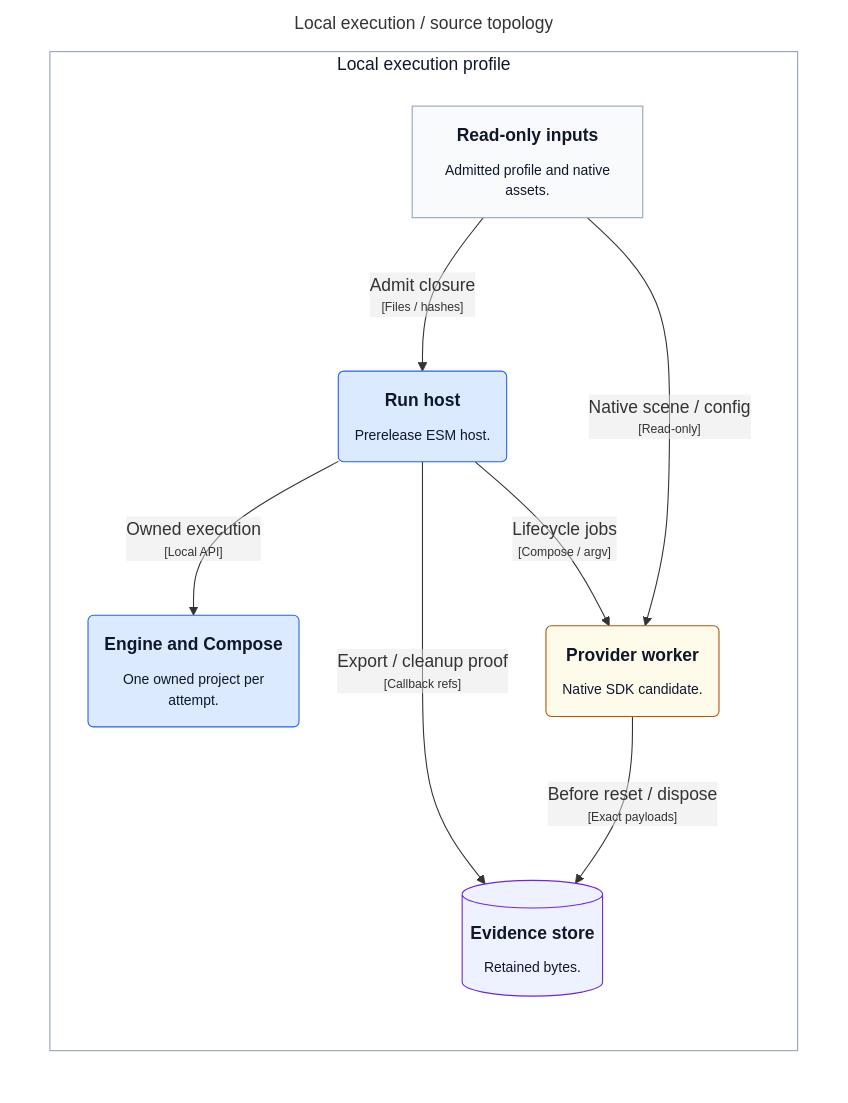
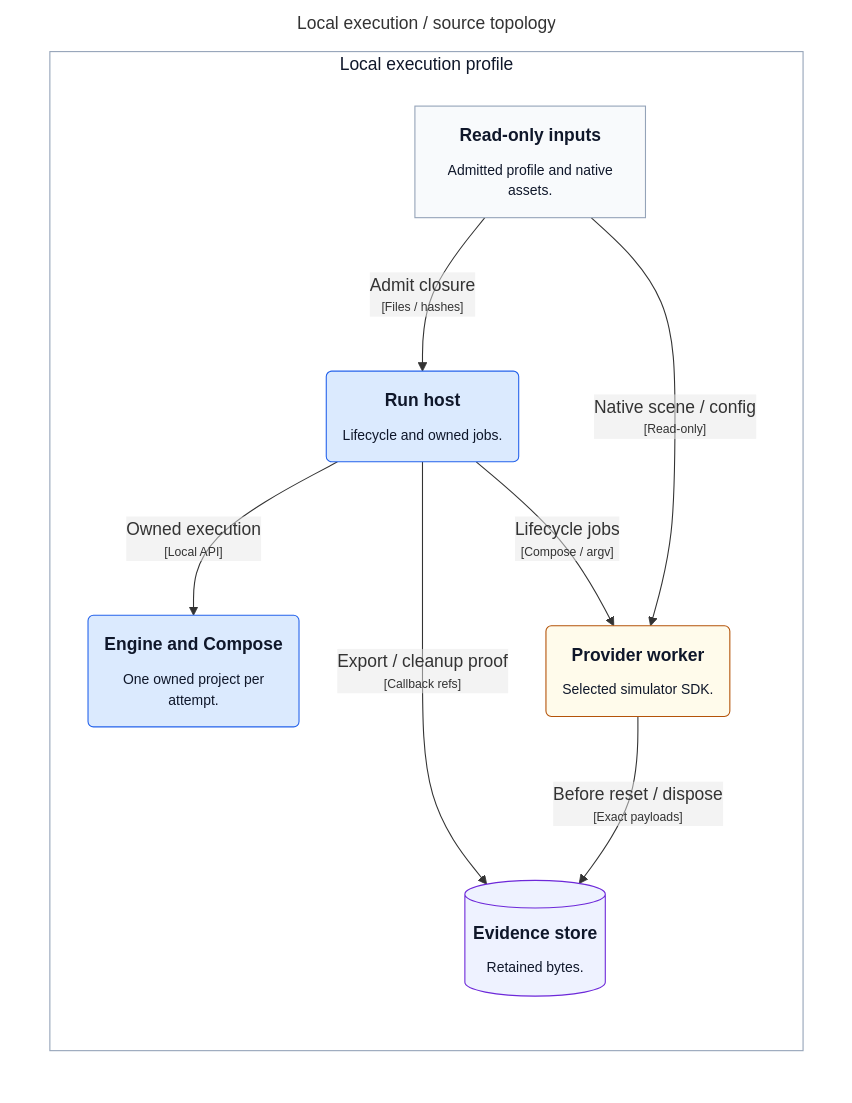
One commit to mmkolpakov/robotics-runtime changed the diagram in docs/architecture/generated/structurizr-ExecutionDeployment.mmd. Above: the diagram before and after it, drawn with Mermaid. The commit also changed 17 other files, not shown here.

```diff
--- a/docs/architecture/generated/structurizr-ExecutionDeployment.mmd
+++ b/docs/architecture/generated/structurizr-ExecutionDeployment.mmd
@@ -1,29 +1,29 @@
 graph LR
   linkStyle default fill:#ffffff
 
   subgraph diagram ["Local execution / source topology"]
     style diagram fill:#ffffff,stroke:#ffffff
 
     subgraph 71 ["Local execution profile"]
       style 71 fill:#ffffff,stroke:#94a3b8,color:#0f172a
 
       72["<div style='font-weight: bold'>Read-only inputs</div><div style='font-size: 80%; margin-top:10px'>Admitted profile and native<br />assets.</div>"]
       style 72 fill:#f8fafc,stroke:#94a3b8,color:#0f172a
       73("<div style='font-weight: bold'>Engine and Compose</div><div style='font-size: 80%; margin-top:10px'>One owned project per<br />attempt.</div>")
       style 73 fill:#dbeafe,stroke:#2563eb,color:#0f172a
-      74("<div style='font-weight: bold'>Run host</div><div style='font-size: 80%; margin-top:10px'>Prerelease ESM host.</div>")
+      74("<div style='font-weight: bold'>Run host</div><div style='font-size: 80%; margin-top:10px'>Lifecycle and owned jobs.</div>")
       style 74 fill:#dbeafe,stroke:#2563eb,color:#0f172a
-      75("<div style='font-weight: bold'>Provider worker</div><div style='font-size: 80%; margin-top:10px'>Native SDK candidate.</div>")
+      75("<div style='font-weight: bold'>Provider worker</div><div style='font-size: 80%; margin-top:10px'>Selected simulator SDK.</div>")
       style 75 fill:#fffbeb,stroke:#b45309,color:#0f172a
       77[("<div style='font-weight: bold'>Evidence store</div><div style='font-size: 80%; margin-top:10px'>Retained bytes.</div>")]
       style 77 fill:#eef2ff,stroke:#6d28d9,color:#0f172a
     end
 
     74-- "<div>Lifecycle jobs</div><div style='font-size: 70%'>[Compose / argv]</div>" -->75
     74-- "<div>Export / cleanup proof</div><div style='font-size: 70%'>[Callback refs]</div>" -->77
     75-- "<div>Before reset / dispose</div><div style='font-size: 70%'>[Exact payloads]</div>" -->77
     72-- "<div>Admit closure</div><div style='font-size: 70%'>[Files / hashes]</div>" -->74
     72-- "<div>Native scene / config</div><div style='font-size: 70%'>[Read-only]</div>" -->75
     74-- "<div>Owned execution</div><div style='font-size: 70%'>[Local API]</div>" -->73
 
   end
```
